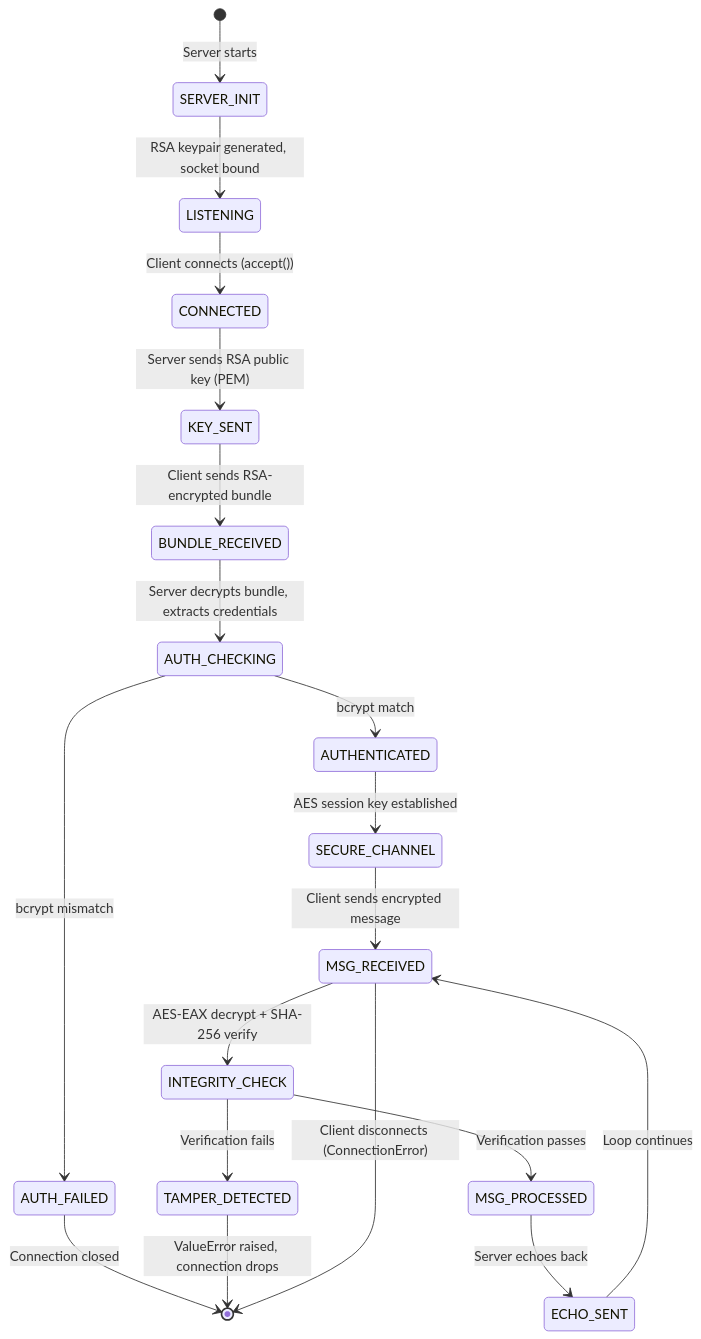
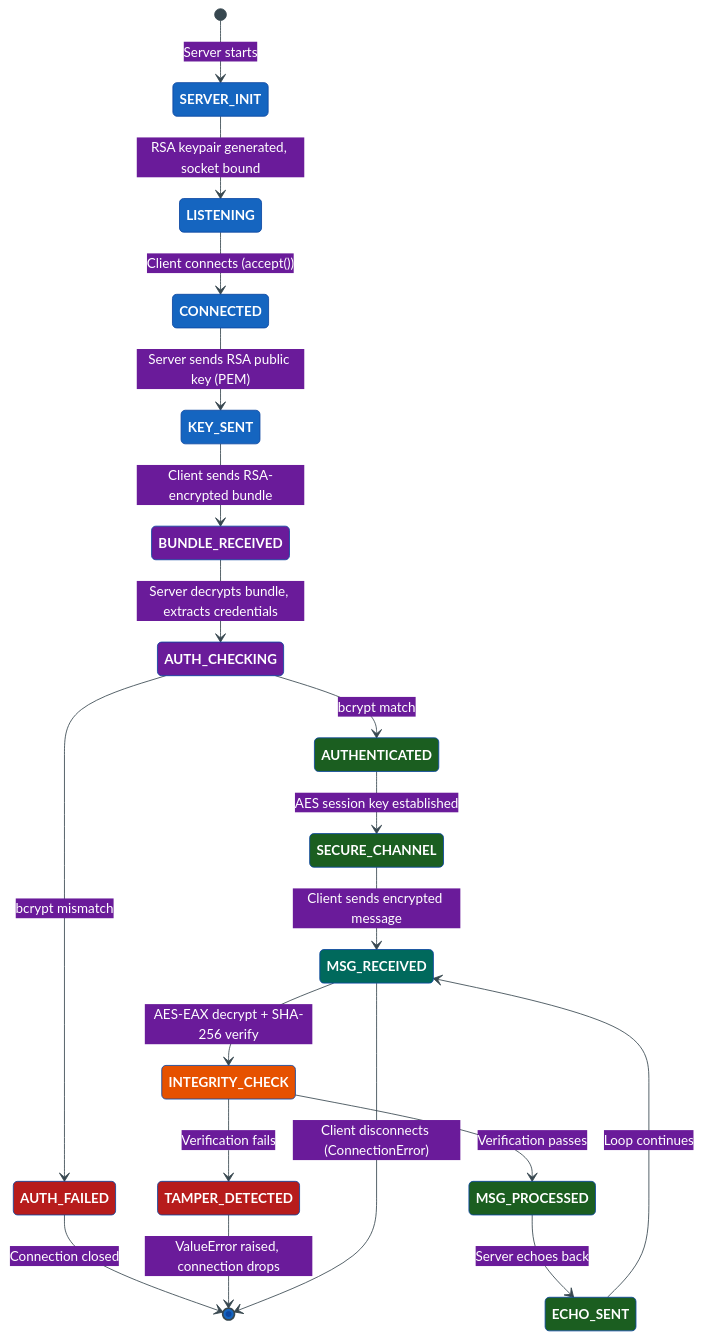
Before and after one commit to HeshamAfandi/Secure-Communication-System: the ninth of 14 diagrams in PROJECT_DOCUMENTATION.md, drawn with Mermaid. The commit also changed other lines of this file, not shown here.

Commit message:
made the diagrams colored

````diff
--- a/PROJECT_DOCUMENTATION.md
+++ b/PROJECT_DOCUMENTATION.md
@@ -719,26 +760,41 @@
 ```mermaid
+%%{init: {'theme': 'base', 'themeVariables': {'primaryColor': '#1565C0', 'primaryTextColor': '#FFFFFF', 'primaryBorderColor': '#0D47A1', 'lineColor': '#37474F', 'secondaryColor': '#6A1B9A', 'tertiaryColor': '#E8F5E9'}}}%%
 stateDiagram-v2
+    classDef setup     fill:#1565C0,color:#FFFFFF,font-weight:bold
+    classDef handshake fill:#6A1B9A,color:#FFFFFF,font-weight:bold
+    classDef success   fill:#1B5E20,color:#FFFFFF,font-weight:bold
+    classDef failure   fill:#B71C1C,color:#FFFFFF,font-weight:bold
+    classDef active    fill:#00695C,color:#FFFFFF,font-weight:bold
+    classDef check     fill:#E65100,color:#FFFFFF,font-weight:bold
+
     [*] --> SERVER_INIT: Server starts
 
     SERVER_INIT --> LISTENING: RSA keypair generated, socket bound
     LISTENING --> CONNECTED: Client connects (accept())
     CONNECTED --> KEY_SENT: Server sends RSA public key (PEM)
     KEY_SENT --> BUNDLE_RECEIVED: Client sends RSA-encrypted bundle
 
     BUNDLE_RECEIVED --> AUTH_CHECKING: Server decrypts bundle, extracts credentials
     AUTH_CHECKING --> AUTH_FAILED: bcrypt mismatch
     AUTH_CHECKING --> AUTHENTICATED: bcrypt match
 
     AUTH_FAILED --> [*]: Connection closed
     AUTHENTICATED --> SECURE_CHANNEL: AES session key established
 
     SECURE_CHANNEL --> MSG_RECEIVED: Client sends encrypted message
     MSG_RECEIVED --> INTEGRITY_CHECK: AES-EAX decrypt + SHA-256 verify
     INTEGRITY_CHECK --> TAMPER_DETECTED: Verification fails
     INTEGRITY_CHECK --> MSG_PROCESSED: Verification passes
     MSG_PROCESSED --> ECHO_SENT: Server echoes back
     ECHO_SENT --> MSG_RECEIVED: Loop continues
 
     TAMPER_DETECTED --> [*]: ValueError raised, connection drops
     MSG_RECEIVED --> [*]: Client disconnects (ConnectionError)
+
+    class SERVER_INIT,LISTENING,CONNECTED,KEY_SENT setup
+    class BUNDLE_RECEIVED,AUTH_CHECKING handshake
+    class AUTHENTICATED,SECURE_CHANNEL,MSG_PROCESSED,ECHO_SENT success
+    class AUTH_FAILED,TAMPER_DETECTED failure
+    class MSG_RECEIVED active
+    class INTEGRITY_CHECK check
 ```
````
